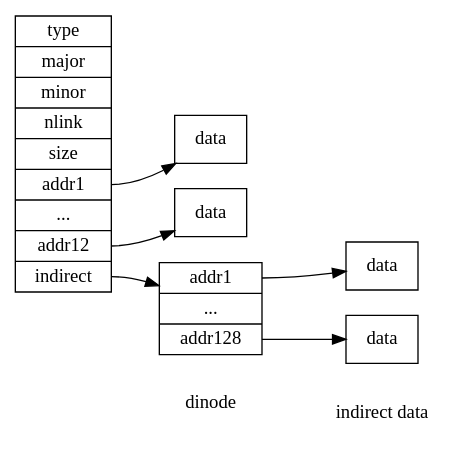
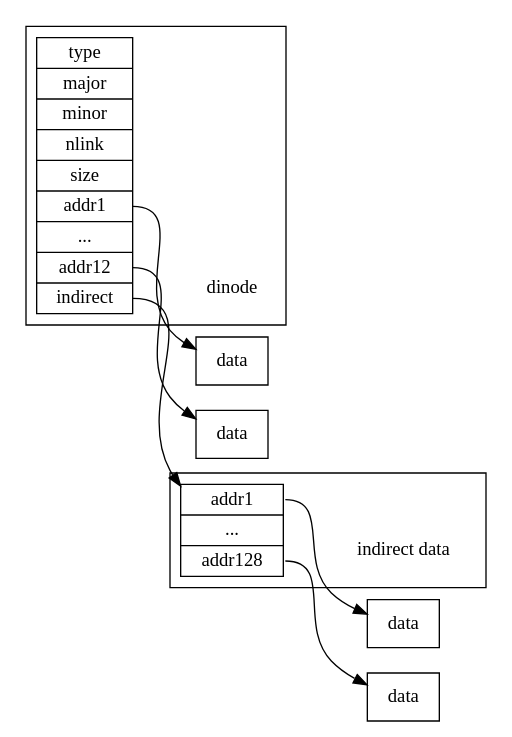
One commit to Jeanhwea/xv6-course changed the diagram in 62-buffer-log.org. Above: the diagram before and after it, drawn with Graphviz. The commit also changed 1 other file, not shown here.

```diff
--- a/62-buffer-log.org
+++ b/62-buffer-log.org
@@ -11,48 +11,52 @@
 #+BEGIN_SRC dot :exports results :file ./img/dinode.png
   digraph {
     graph [
       rankdir = "LR"
     ];
-    dinode [
-      label = "type|major|minor|nlink|size|<f1>addr1|...|<f2>addr12|<f3>indirect"
-      shape = "record"
-    ];
-    dinode:s -> dinode0 [style="invis"];
-    dinode0 [
-      label = "dinode"
-      shape = none
-    ];
+    subgraph cluster_dinode {
+      dinode [
+        label = "type|major|minor|nlink|size|<f1>addr1|...|<f2>addr12|<f3>indirect"
+        shape = "record"
+      ];
+      dinode:s -> dinode_text [style="invis"];
+      dinode_text [
+        label = "dinode"
+        shape = none
+      ];
+    }
     dinode:f1 -> data01;
     data01 [
       label = "data"
       shape = "record"
     ];
     dinode:f2 -> data12;
     data12 [
       label = "data"
       shape = "record"
     ];
 
-    indrnode [
-      label = "<f1>addr1|...|<f2>addr128"
-      shape = "record"
-    ];
-    dinode:f3 -> indrnode;
-    indrnode:s -> indrnode0 [style="invis"];
-    indrnode0 [
-      label = "indirect data"
-      shape = none
-    ];
+    subgraph cluster_indrnode {
+      indrnode [
+        label = "<f1>addr1|...|<f2>addr128"
+        shape = "record"
+      ];
+      dinode:f3 -> indrnode;
+      indrnode:s -> indrnode0 [style="invis"];
+      indrnode0 [
+        label = "indirect data"
+        shape = none
+      ];
+    }
 
     indrnode:f1 -> idata01;
     idata01 [
       label = "data"
       shape = "record"
     ];
     indrnode:f2 -> idata128;
     idata128 [
       label = "data"
       shape = "record"
     ];
   }
 #+END_SRC
```
